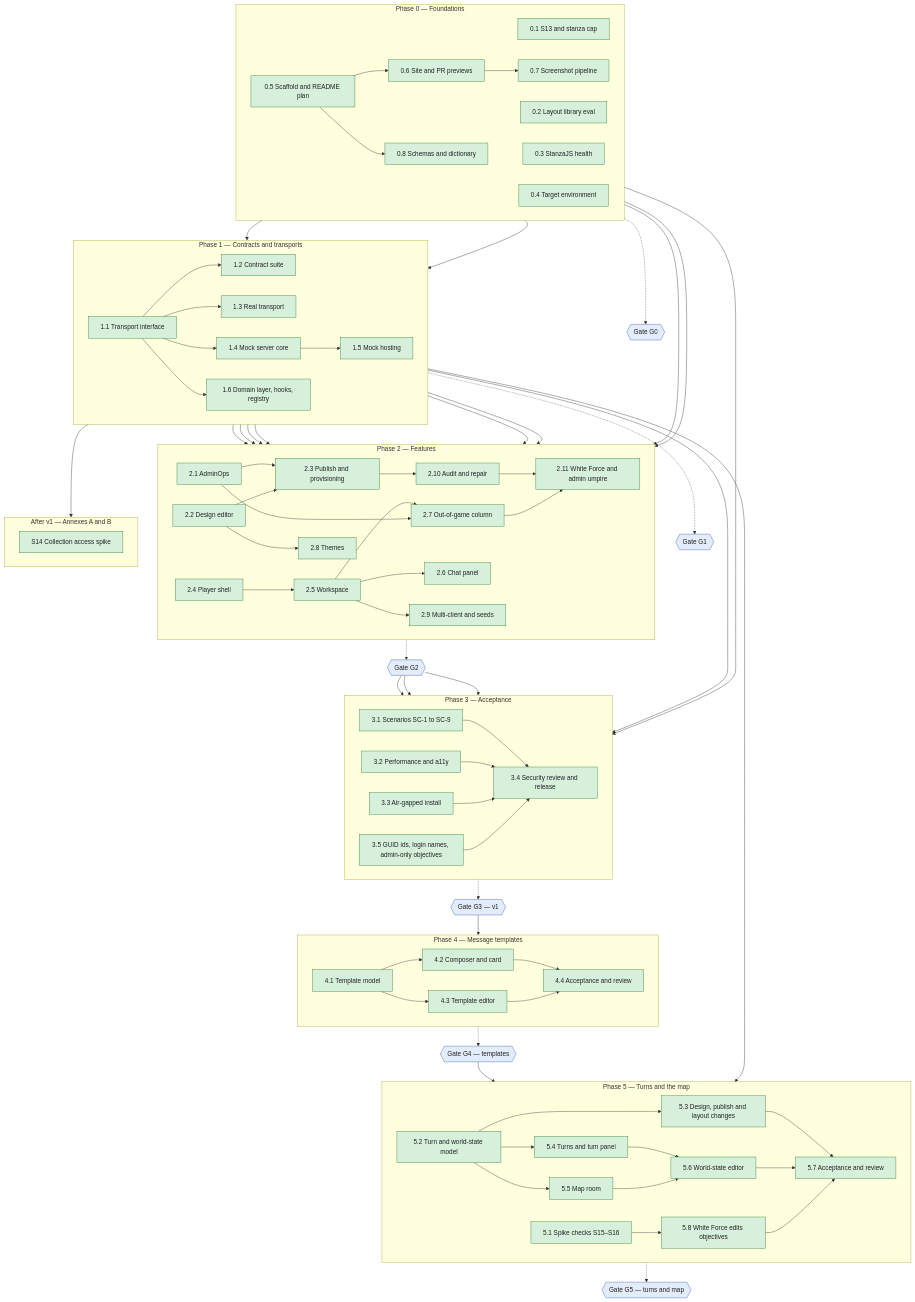
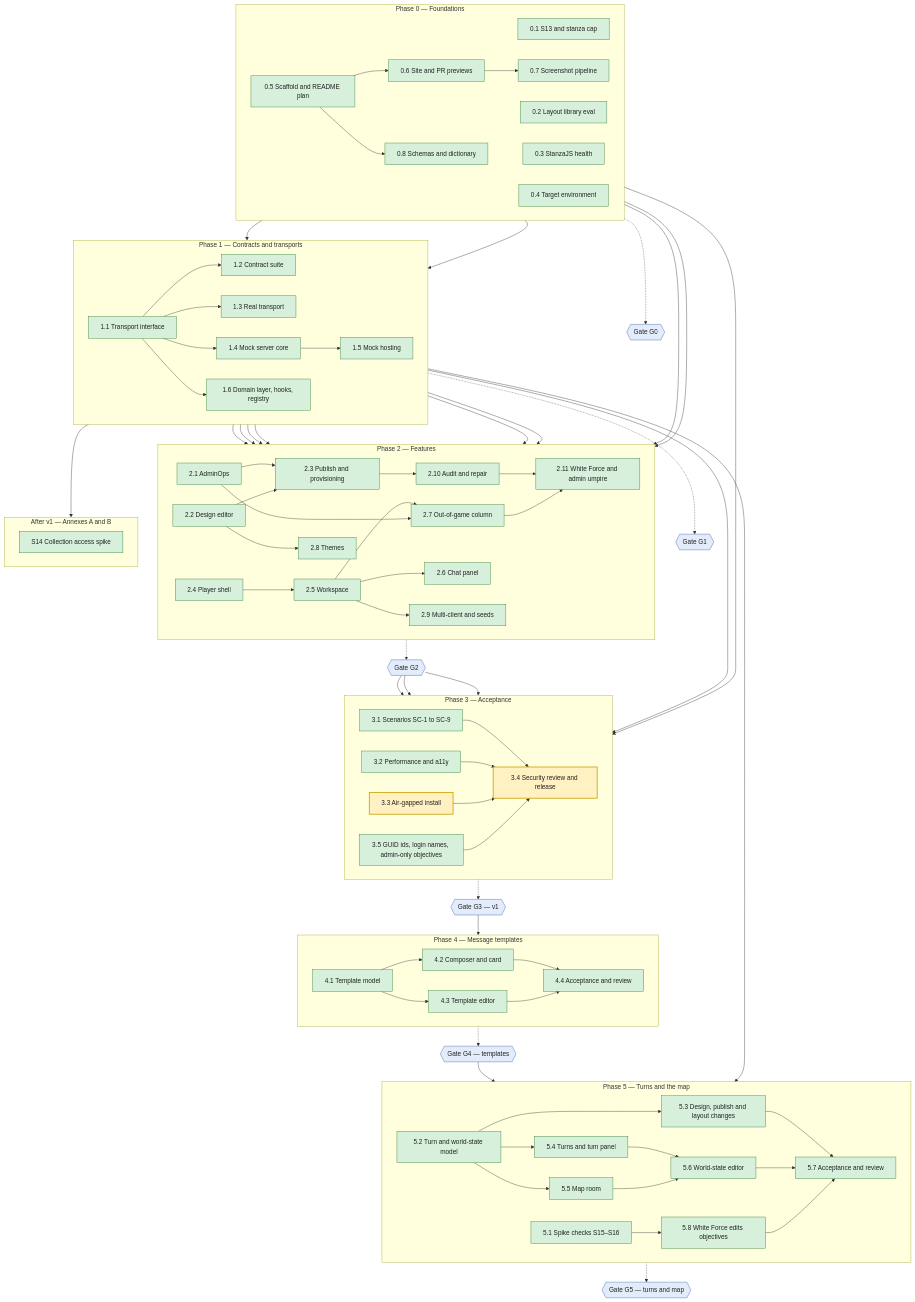
The diagram in README.md (serge-web/war-rooms-x2), drawn with Mermaid before and after one commit.

Commit message:
README chart: 3.3 and 3.4 stay active until the hardware install
Claude-Session: https://claude.ai/code/session_01TY1E6c57xxT5mxvjEfpJhn

````diff
--- a/README.md
+++ b/README.md
@@ -118,6 +118,7 @@
     classDef active fill:#fff1c2,stroke:#c9a000,color:#222,stroke-width:2px
     classDef done fill:#d6f0dc,stroke:#2e7d32,color:#222
     classDef gate fill:#e3ecfa,stroke:#3b5bab,color:#222
-    class wp01,wp02,wp03,wp04,wp05,wp06,wp07,wp08,wp11,wp12,wp13,wp14,wp15,wp16,wp21,wp22,wp23,wp24,wp25,wp26,wp27,wp28,wp29,wp210,wp211,wp31,wp32,wp35,wps14,wp41,wp42,wp43,wp44,wp51,wp58,wp52,wp54,wp53,wp55,wp56,wp33,wp34,wp57 done
+    class wp01,wp02,wp03,wp04,wp05,wp06,wp07,wp08,wp11,wp12,wp13,wp14,wp15,wp16,wp21,wp22,wp23,wp24,wp25,wp26,wp27,wp28,wp29,wp210,wp211,wp31,wp32,wp35,wps14,wp41,wp42,wp43,wp44,wp51,wp58,wp52,wp54,wp53,wp55,wp56,wp57 done
+    class wp33,wp34 active
     class G0,G1,G2,G3,G4,G5 gate
 ```
````
